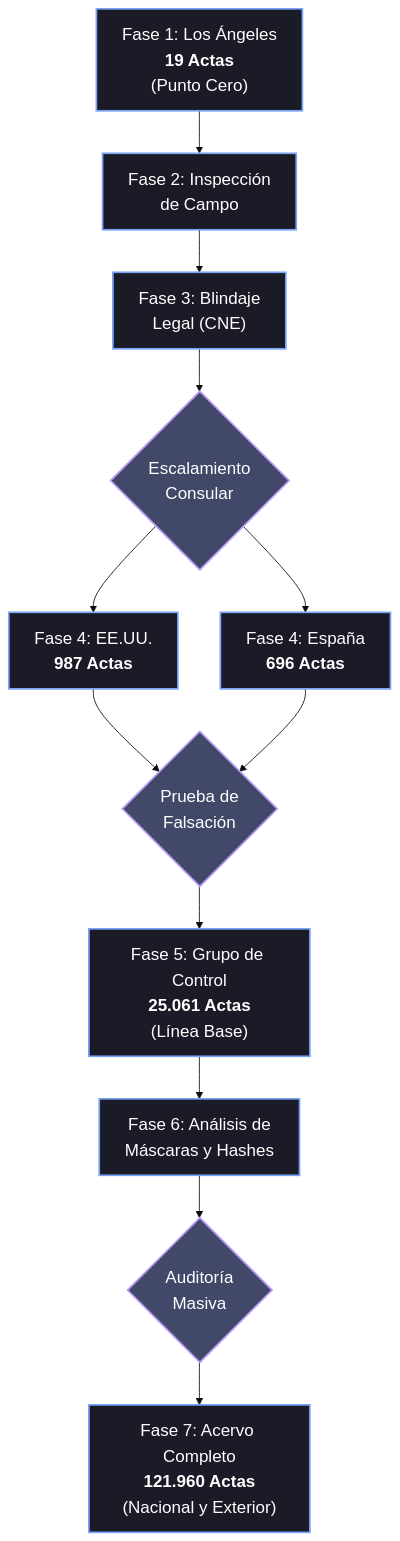
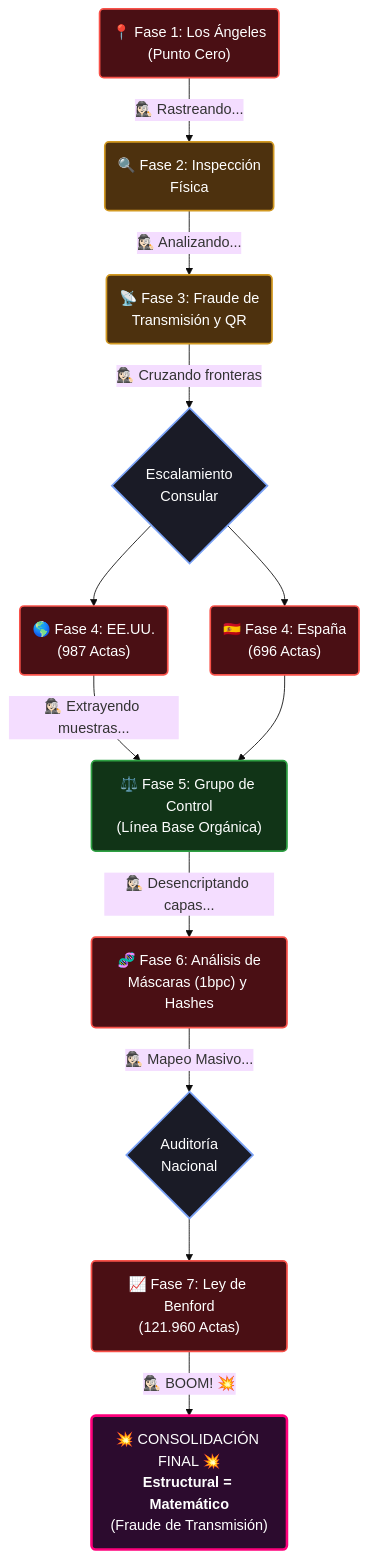
Before and after one commit to anzaca0330-pixel/AndreTaker---AnZaCa-Rep: the diagram in README.md, drawn with Mermaid. The commit also changed other lines of this file, not shown here.

````diff
--- a/README.md
+++ b/README.md
@@ -68,26 +77,42 @@
 ```mermaid
-%%{init: {"theme": "base", "themeVariables": { "fontSize": "20px", "fontFamily": "sans-serif"}}}%%
+%%{init: {"theme": "base", "themeVariables": { "fontSize": "17px", "fontFamily": "sans-serif"}}}%%
 flowchart TD
-    A["Fase 1: Los Ángeles<br><b>19 Actas</b><br>(Punto Cero)"] --> B["Fase 2: Inspección<br>de Campo"]
-    B --> C["Fase 3: Blindaje<br>Legal (CNE)"]
-    C --> D{"Escalamiento<br>Consular"}
+    A("📍 Fase 1: Los Ángeles<br>(Punto Cero)") -- "🕵🏻‍♀️ Rastreando..." --> B("🔍 Fase 2: Inspección<br>Física")
+    B -- "🕵🏻‍♀️ Analizando..." --> C("📡 Fase 3: Fraude de<br>Transmisión y QR")
     
-    D --> E["Fase 4: EE.UU.<br><b>987 Actas</b>"]
-    D --> F["Fase 4: España<br><b>696 Actas</b>"]
+    C -- "🕵🏻‍♀️ Cruzando fronteras" --> D{"Escalamiento<br>Consular"}
     
-    E --> G{"Prueba de<br>Falsación"}
+    D --> E("🌎 Fase 4: EE.UU.<br>(987 Actas)")
+    D --> F("🇪🇸 Fase 4: España<br>(696 Actas)")
+    
+    E -- "🕵🏻‍♀️ Extrayendo muestras..." --> G("⚖️ Fase 5: Grupo de Control<br>(Línea Base Orgánica)")
     F --> G
     
-    G --> H["Fase 5: Grupo de Control<br><b>25.061 Actas</b><br>(Línea Base)"]
+    G -- "🕵🏻‍♀️ Desencriptando capas..." --> H("🧬 Fase 6: Análisis de<br>Máscaras (1bpc) y Hashes")
     
-    H --> I["Fase 6: Análisis de<br>Máscaras y Hashes"]
+    H -- "🕵🏻‍♀️ Mapeo Masivo..." --> I{"Auditoría<br>Nacional"}
     
-    I --> J{"Auditoría<br>Masiva"}
+    I --> J("📈 Fase 7: Ley de Benford<br>(121.960 Actas)")
     
-    J --> K["Fase 7: Acervo Completo<br><b>121.960 Actas</b><br>(Nacional y Exterior)"]
+    J -- "🕵🏻‍♀️ BOOM! 💥" --> K("💥 CONSOLIDACIÓN FINAL 💥<br><b>Estructural = Matemático</b><br>(Fraude de Transmisión)")
 
-    classDef fase fill:#1a1b26,stroke:#7aa2f7,stroke-width:2px,color:#fff
-    classDef escalamiento fill:#414868,stroke:#bb9af7,stroke-width:2px,color:#fff
-    class A,B,C,E,F,H,I,K fase
-    class D,G,J escalamiento
+    classDef alerta_roja fill:#4a0f14,stroke:#f85149,stroke-width:2px,color:#fff
+    classDef alerta_naranja fill:#4d310e,stroke:#d29922,stroke-width:2px,color:#fff
+    classDef alerta_verde fill:#113417,stroke:#2ea043,stroke-width:2px,color:#fff
+    classDef escalamiento fill:#1a1b26,stroke:#7aa2f7,stroke-width:2px,color:#fff
+    classDef final fill:#2c0b2e,stroke:#ff007c,stroke-width:3px,color:#fff
+
+    class A,E,F,H,J alerta_roja
+    class B,C alerta_naranja
+    class G alerta_verde
+    class D,I escalamiento
+    class K final
+
+    click A "02_ANALISIS/informe_forense_estados_unidos.md"
+    click C "03_DOCUMENTACION/SESION_01_ENTREGABLES_LEGALES/DIAGRAMA_DESVIO_TRANSMISION.md"
+    click E "02_ANALISIS/informe_forense_estados_unidos.md"
+    click F "02_ANALISIS/informe_forense_espana.md"
+    click H "02_ANALISIS/informe_forense_grupo_control.md"
+    click I "02_ANALISIS/INFORME_INTEGRIDAD_SHA256.md"
+    click K "02_ANALISIS/SESION_02_ESTADISTICA_Y_BENFORD/TABLA_CORRELACION_FORENSE_COMPLETA.md"
 ```
````
